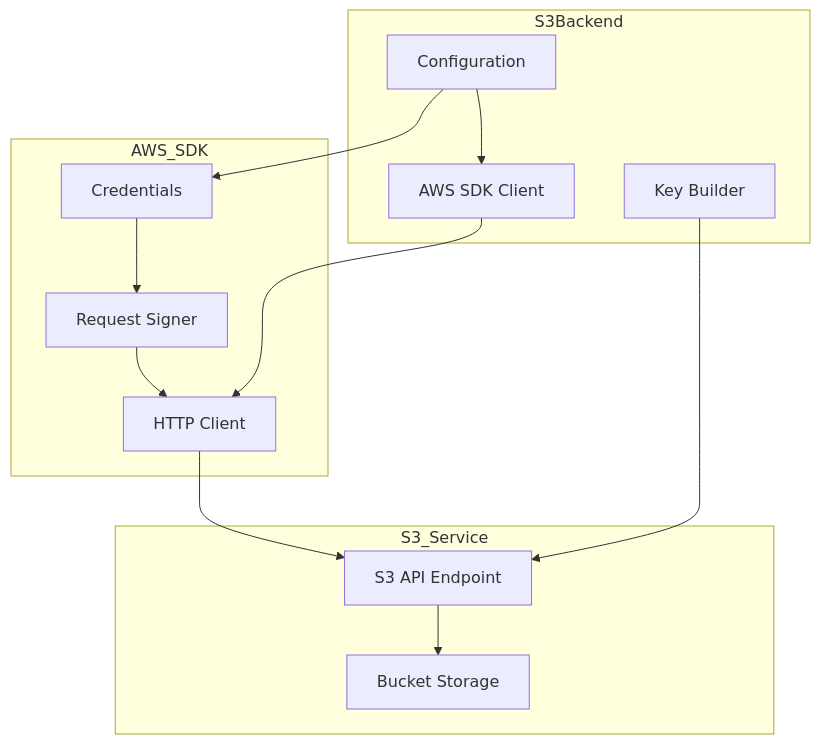
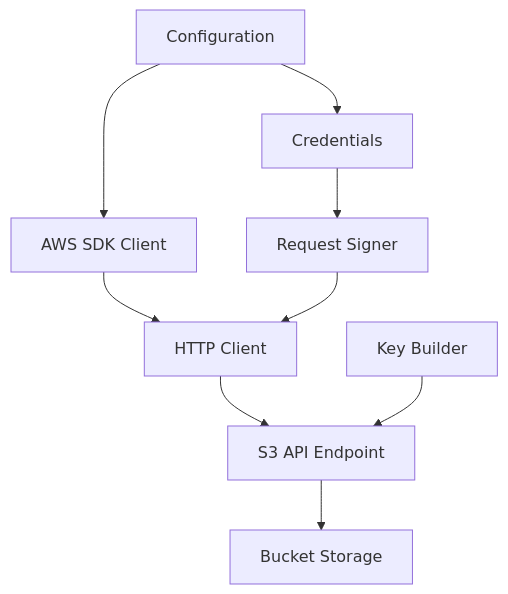
One commit to Lighty-Launcher/LightyUpdater changed the first of 8 diagrams in crates/storage/docs/s3.md. Above: the diagram before and after it, drawn with Mermaid. The commit also changed other lines of this file and 33 other files, not shown here.

Commit message:
improve docs with mermaid implémentation for gitbook

````diff
--- a/crates/storage/docs/s3.md
+++ b/crates/storage/docs/s3.md
@@ -42,28 +42,11 @@
 ```mermaid
-graph TB
-    subgraph S3Backend
-        Config[Configuration]
-        Client[AWS SDK Client]
-        KeyBuilder[Key Builder]
-    end
-
-    subgraph AWS_SDK
-        Creds[Credentials]
-        HTTP[HTTP Client]
-        Signer[Request Signer]
-    end
-
-    subgraph S3_Service
-        API[S3 API Endpoint]
-        Bucket[Bucket Storage]
-    end
-
-    Config --> Client
-    Config --> Creds
-    Client --> HTTP
-    Creds --> Signer
+flowchart TB
+    Config[Configuration] --> Client[AWS SDK Client]
+    Config --> Creds[Credentials]
+    Client --> HTTP[HTTP Client]
+    Creds --> Signer[Request Signer]
     Signer --> HTTP
-    HTTP --> API
-    API --> Bucket
-    KeyBuilder --> API
+    HTTP --> API[S3 API Endpoint]
+    API --> Bucket[Bucket Storage]
+    KeyBuilder[Key Builder] --> API
 ```
````
